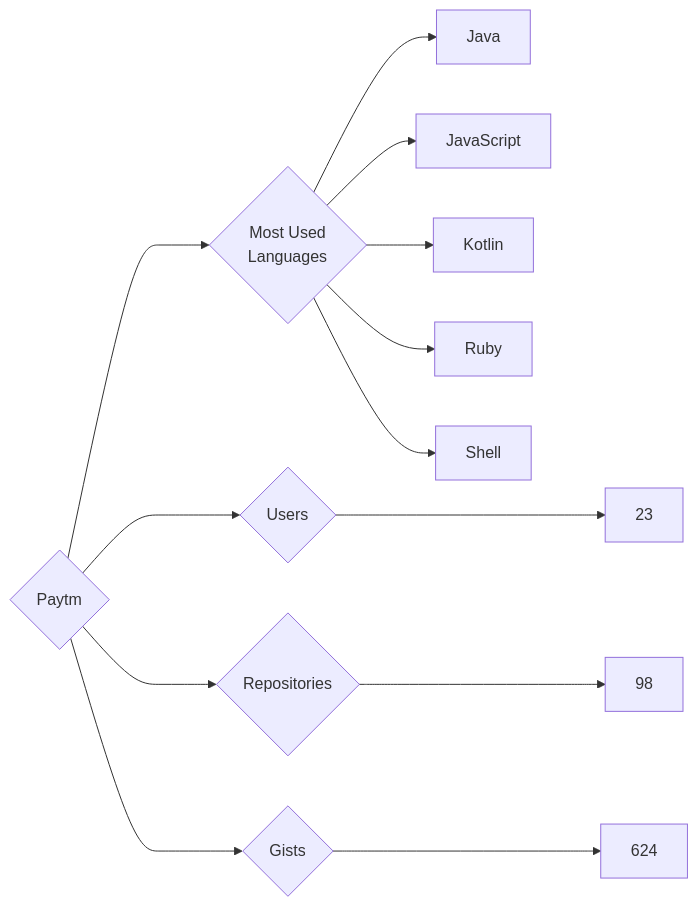
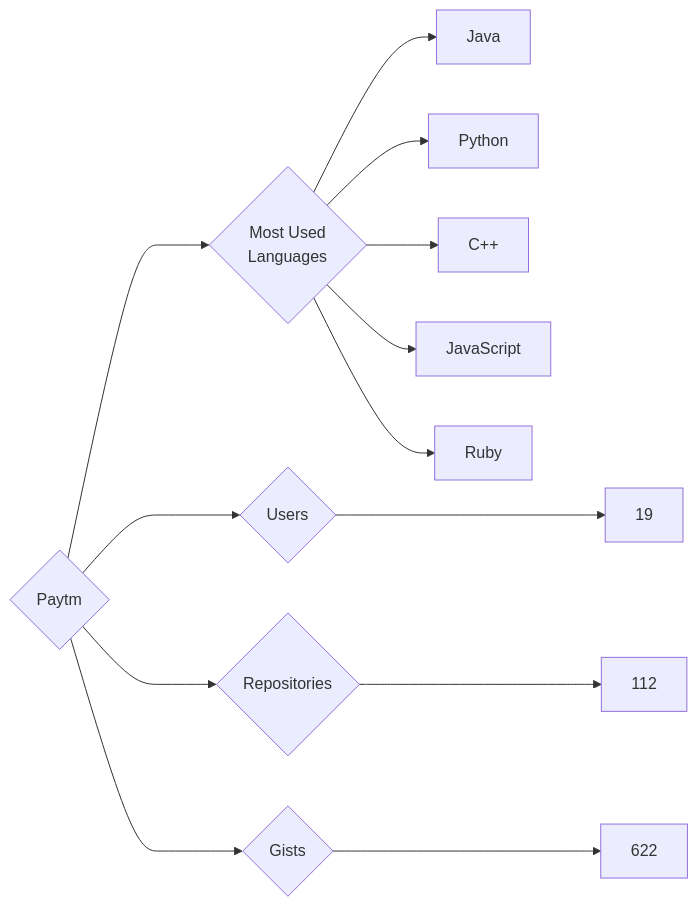
Before and after one commit to trickest/insiders: the diagram in targets/Paytm/README.md, drawn with Mermaid. The commit also changed 1508 other files, not shown here.

````diff
--- a/targets/Paytm/README.md
+++ b/targets/Paytm/README.md
@@ -3,13 +3,13 @@
 ```mermaid
 graph LR
 COMPANY_NAME{Paytm}
-COMPANY_NAME ---> U{Users} ---> UN[23]
-COMPANY_NAME ---> R{Repositories} ---> RN[98]
-COMPANY_NAME ---> G{Gists} ---> GN[624]
+COMPANY_NAME ---> U{Users} ---> UN[19]
+COMPANY_NAME ---> R{Repositories} ---> RN[112]
+COMPANY_NAME ---> G{Gists} ---> GN[622]
 COMPANY_NAME ---> ML{Most Used<br>Languages}
 ML --> Java[Java]
+ML --> Python[Python]
+ML --> C++[C++]
 ML --> JavaScript[JavaScript]
-ML --> Kotlin[Kotlin]
 ML --> Ruby[Ruby]
-ML --> Shell[Shell]
 ```
````
